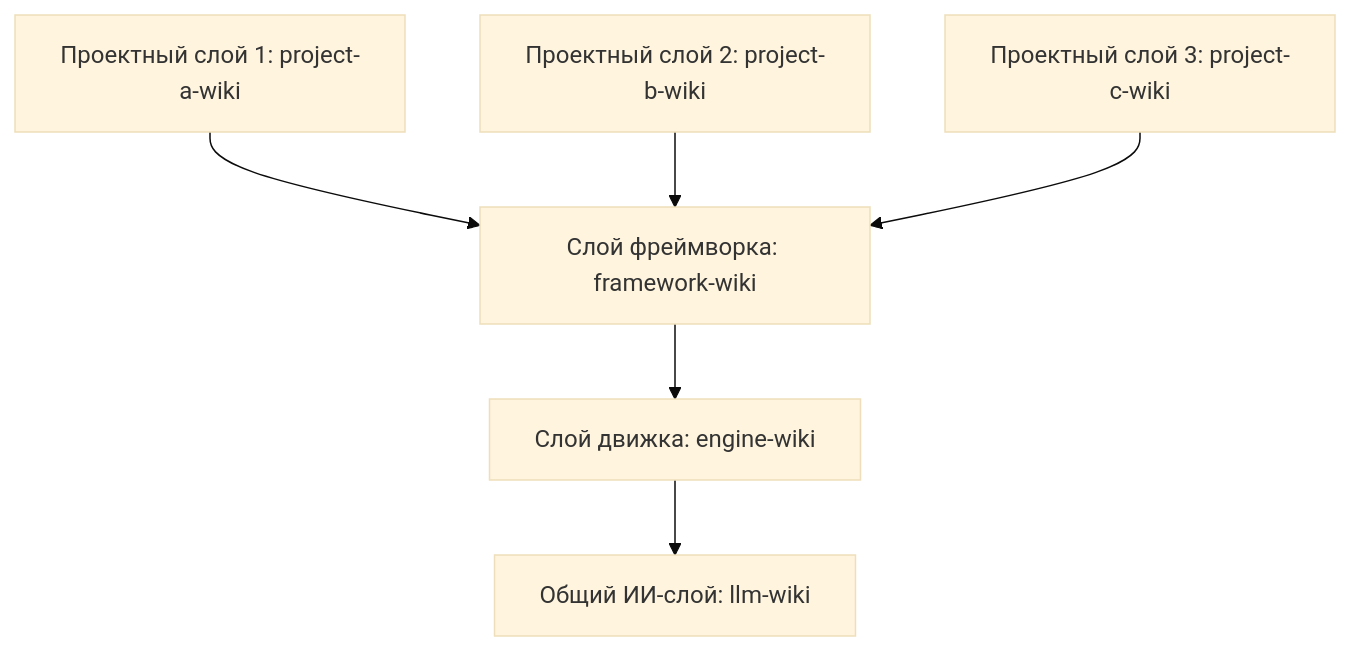
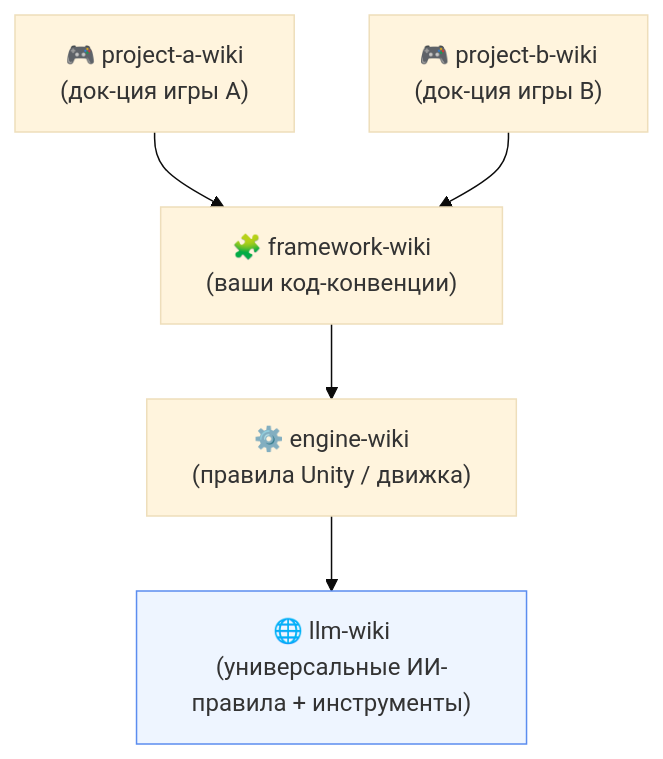
The third of 11 diagrams in README.ru.md (gDavASko/DavASkoLLMWiki), drawn with Mermaid (base theme) before and after one commit. The commit also changed other lines of this file and 1 other file, not shown here.

````diff
--- a/README.ru.md
+++ b/README.ru.md
@@ -16,8 +91,11 @@
 ```mermaid
 graph TD
-    Project1[Проектный слой 1: project-a-wiki] --> Framework[Слой фреймворка: framework-wiki]
-    Project2[Проектный слой 2: project-b-wiki] --> Framework
-    Project3[Проектный слой 3: project-c-wiki] --> Framework
-    Framework --> Engine[Слой движка: engine-wiki]
-    Engine --> Root[Общий ИИ-слой: llm-wiki]
+    P1["🎮 project-a-wiki<br/>(док-ция игры A)"] --> F
+    P2["🎮 project-b-wiki<br/>(док-ция игры B)"] --> F
+    F["🧩 framework-wiki<br/>(ваши код-конвенции)"] --> E
+    E["⚙️ engine-wiki<br/>(правила Unity / движка)"] --> L
+    L["🌐 llm-wiki<br/>(универсальные ИИ-правила + инструменты)"]
+
+    classDef base fill:#eef5ff,stroke:#5b8def;
+    class L base;
 ```
````
